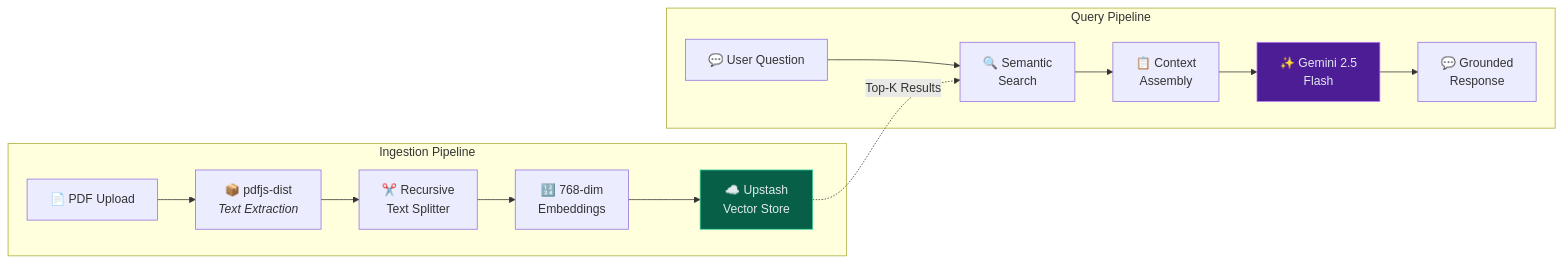
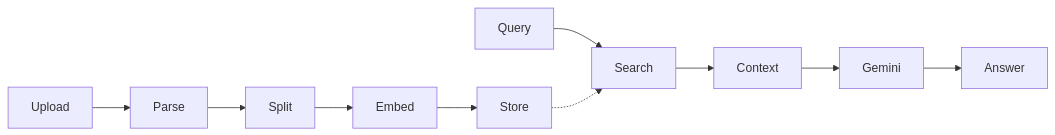
Before and after one commit to Luff-Org/Luff-Boilerplate: the second of 8 diagrams in NOTES.md, drawn with Mermaid. The commit also changed other lines of this file and 4 other files, not shown here.

Commit message:
fix(docs): rewrite all mermaid diagrams with ultra-short labels for GitHub rendering

````diff
--- a/NOTES.md
+++ b/NOTES.md
@@ -62,20 +47,12 @@
 ```mermaid
 flowchart LR
-  subgraph "Ingestion Pipeline"
-    A["📄 PDF Upload"] --> B["📦 pdfjs-dist<br/><i>Text Extraction</i>"]
-    B --> C["✂️ Recursive<br/>Text Splitter"]
-    C --> D["🔢 768-dim<br/>Embeddings"]
-    D --> E["☁️ Upstash<br/>Vector Store"]
-  end
-
-  subgraph "Query Pipeline"
-    F["💬 User Question"] --> G["🔍 Semantic<br/>Search"]
-    E -.->|"Top-K Results"| G
-    G --> H["📋 Context<br/>Assembly"]
-    H --> I["✨ Gemini 2.5<br/>Flash"]
-    I --> J["💬 Grounded<br/>Response"]
-  end
-
-  style I fill:#4c1d95,stroke:#c084fc,color:#e2e8f0
-  style E fill:#065f46,stroke:#34d399,color:#e2e8f0
+  A[Upload] --> B[Parse]
+  B --> C[Split]
+  C --> D[Embed]
+  D --> E[Store]
+  F[Query] --> G[Search]
+  E -.-> G
+  G --> H[Context]
+  H --> I[Gemini]
+  I --> J[Answer]
 ```
````
